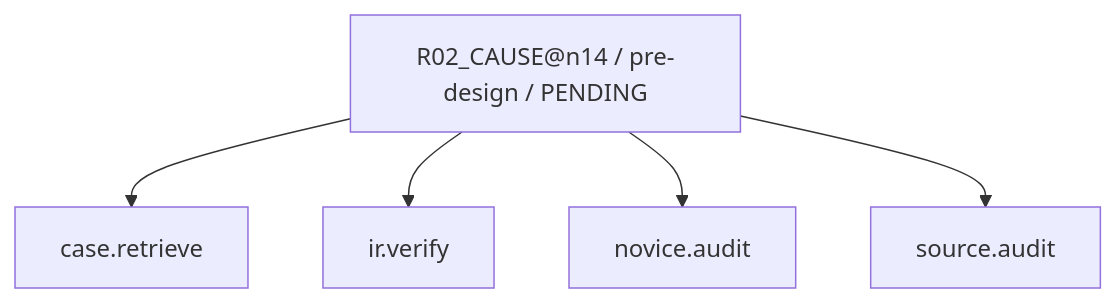
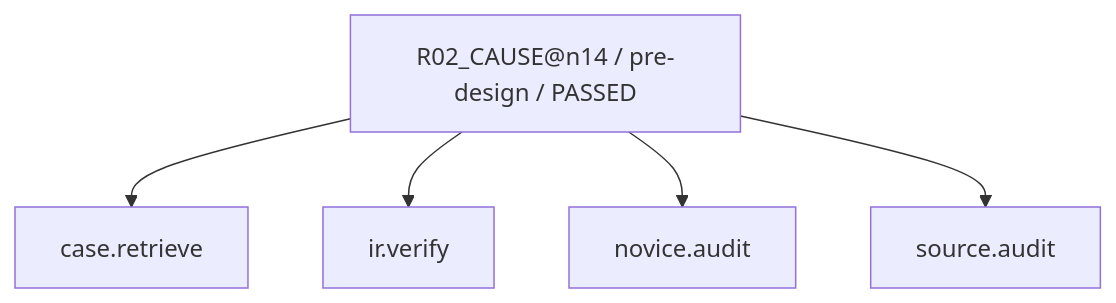
Diagram 11 of 28 in work/items/W-MATH-048-n1314-source-audit/generated/CAPABILITY_FIRE_DIAGRAM.md (rrikunagasige-dot/kyotsu-step-web), drawn with Mermaid before and after one commit. The commit also changed other lines of this file and 471 other files, not shown here.

````diff
--- a/work/items/W-MATH-048-n1314-source-audit/generated/CAPABILITY_FIRE_DIAGRAM.md
+++ b/work/items/W-MATH-048-n1314-source-audit/generated/CAPABILITY_FIRE_DIAGRAM.md
@@ -167,12 +167,12 @@
 ```mermaid
 flowchart TD
-  N0["R02_CAUSE@n14 / pre-design / PENDING"]
+  N0["R02_CAUSE@n14 / pre-design / PASSED"]
   N1["case.retrieve"]
   N2["ir.verify"]
   N3["source.audit"]
   N4["novice.audit"]
   N0 --> N1
   N0 --> N2
   N0 --> N4
   N0 --> N3
 ```
````
